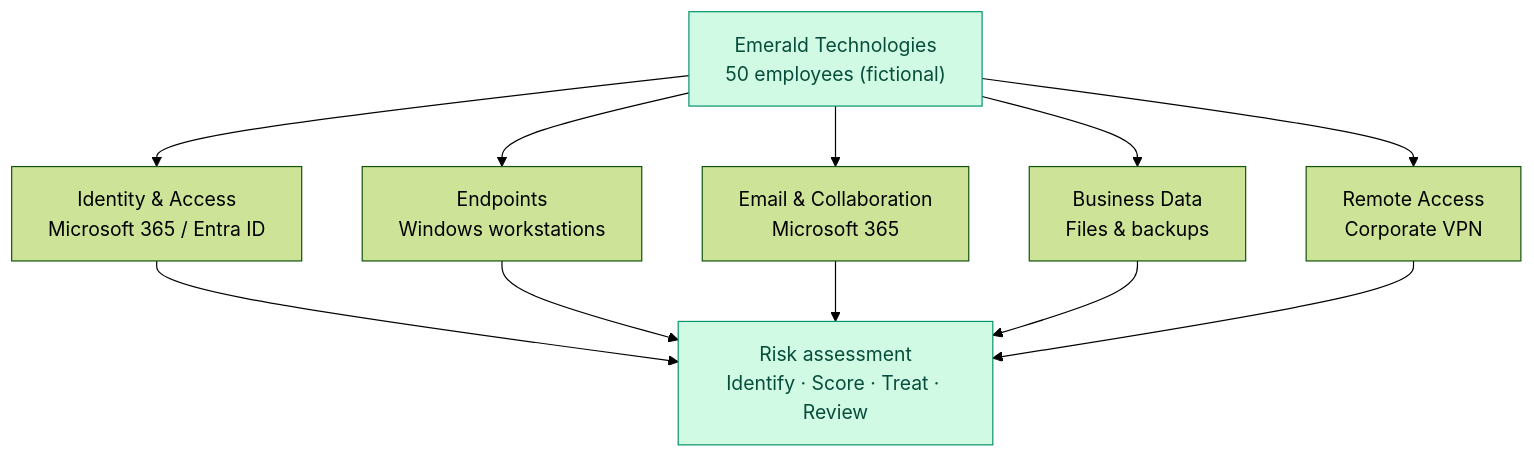
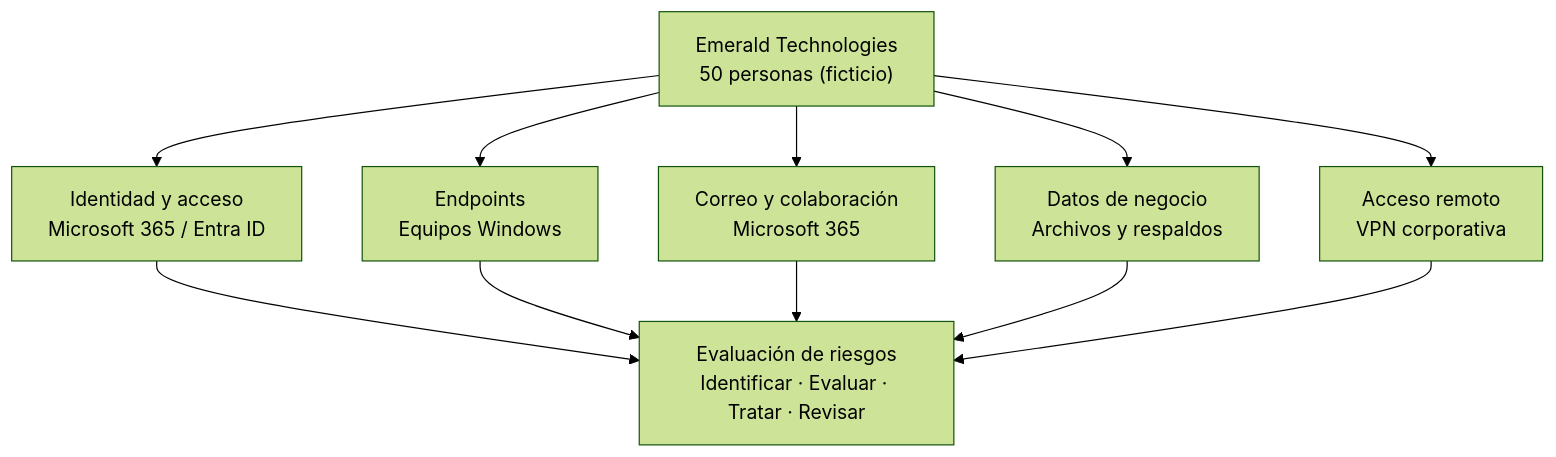
Before and after one commit to fefemora/it-portfolio-es: the first of 2 diagrams in Information-Security/Enterprise-Risk-Assessment/README.md, drawn with Mermaid (forest theme). The commit also changed other lines of this file, not shown here.

Commit message:
docs(es): translate enterprise information security risk assessment overview and Mermaid flows

````diff
--- a/Information-Security/Enterprise-Risk-Assessment/README.md
+++ b/Information-Security/Enterprise-Risk-Assessment/README.md
@@ -29,16 +27,14 @@
 ```mermaid
 flowchart TB
-    E["Emerald Technologies<br/>50 employees (fictional)"]
-    E --> I["Identity & Access<br/>Microsoft 365 / Entra ID"]
-    E --> W["Endpoints<br/>Windows workstations"]
-    E --> M["Email & Collaboration<br/>Microsoft 365"]
-    E --> B["Business Data<br/>Files & backups"]
-    E --> V["Remote Access<br/>Corporate VPN"]
-    I --> R["Risk assessment<br/>Identify · Score · Treat · Review"]
+    E["Emerald Technologies<br/>50 personas (ficticio)"]
+    E --> I["Identidad y acceso<br/>Microsoft 365 / Entra ID"]
+    E --> W["Endpoints<br/>Equipos Windows"]
+    E --> M["Correo y colaboración<br/>Microsoft 365"]
+    E --> B["Datos de negocio<br/>Archivos y respaldos"]
+    E --> V["Acceso remoto<br/>VPN corporativa"]
+    I --> R["Evaluación de riesgos<br/>Identificar · Evaluar · Tratar · Revisar"]
     W --> R
     M --> R
     B --> R
     V --> R
-    style E fill:#d1fae5,stroke:#059669,color:#064e3b
-    style R fill:#d1fae5,stroke:#059669,color:#064e3b
 ```
````
